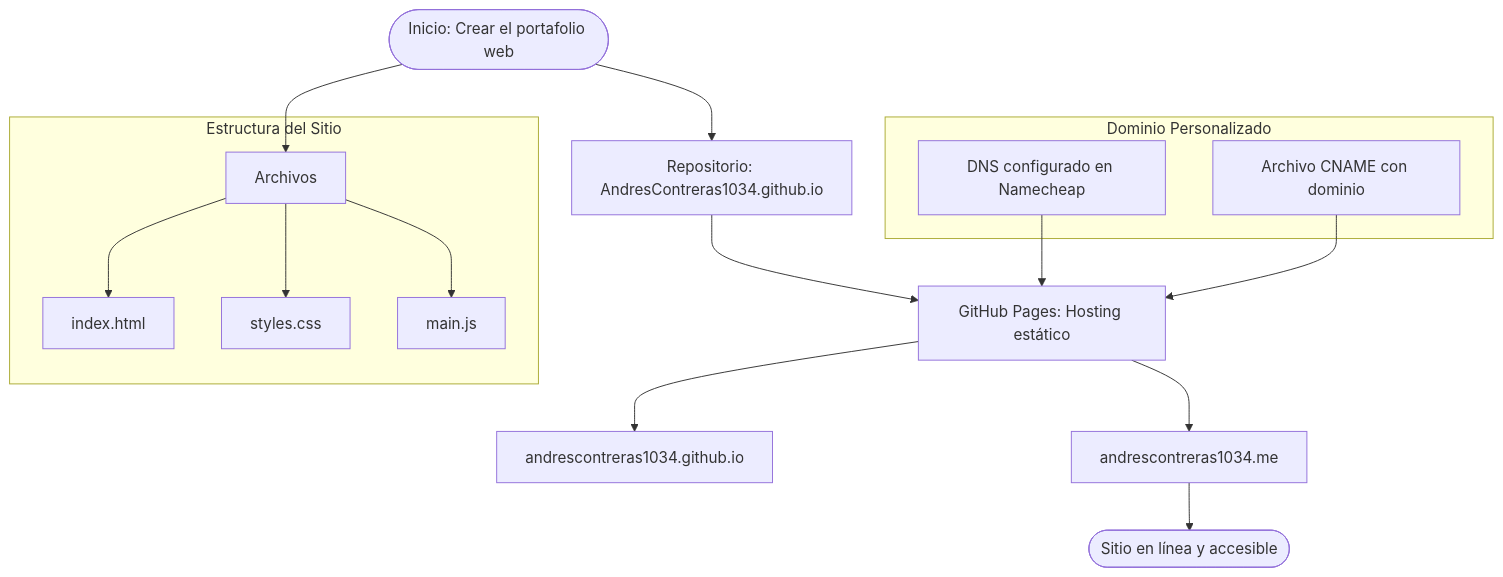
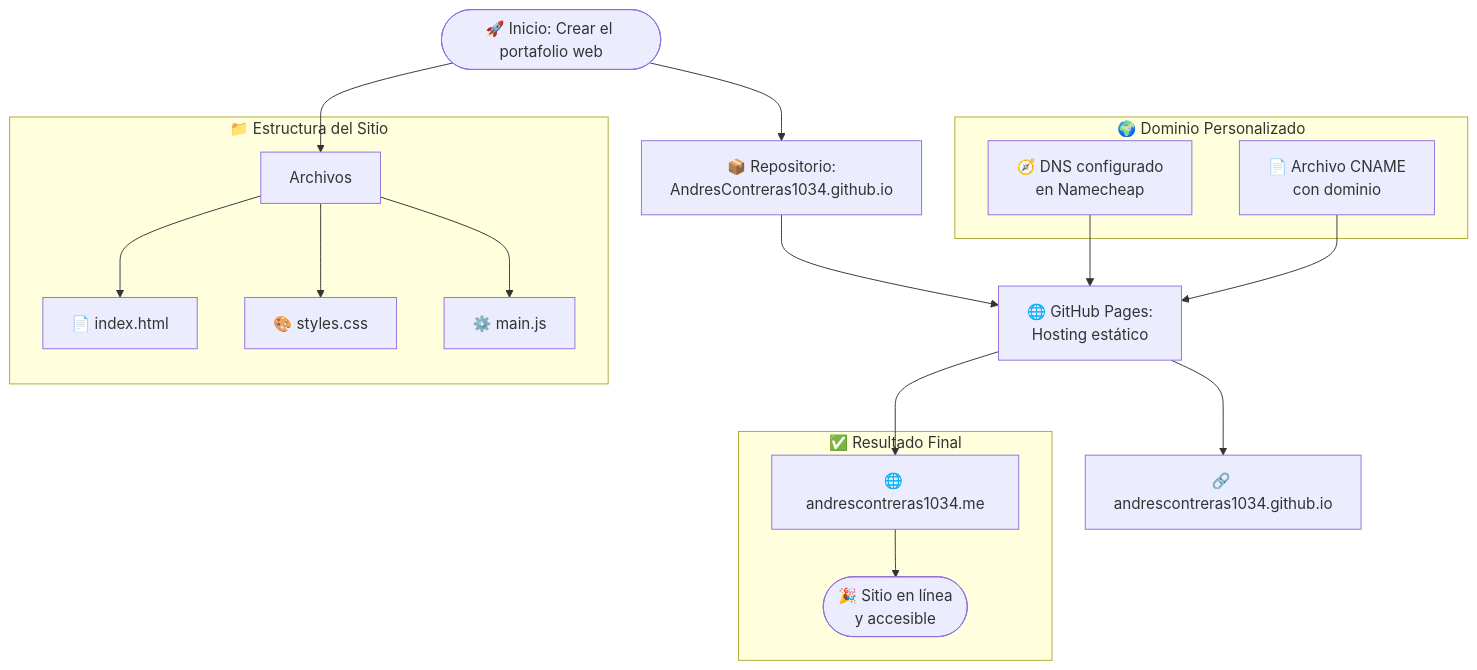
Before and after one commit to AndresContreras1034/AndresContreras1034.github.io: the diagram in README.md, drawn with Mermaid.

````diff
--- a/README.md
+++ b/README.md
@@ -1,31 +1,32 @@
 ```mermaid
-graph TD
+ graph TD
 
-Start([Inicio: Crear el portafolio web])
+Start([🚀 Inicio: Crear el portafolio web])
 
 Start --> Archivos
 Start --> Repo
 
-subgraph Estructura del Sitio
-  Archivos --> HTML[index.html]
-  Archivos --> CSS[styles.css]
-  Archivos --> JS[main.js]
+subgraph "📁 Estructura del Sitio"
+  Archivos --> HTML["📄 index.html"]
+  Archivos --> CSS["🎨 styles.css"]
+  Archivos --> JS["⚙️ main.js"]
 end
 
-Repo[Repositorio: AndresContreras1034.github.io]
-Repo --> GitHubPages[GitHub Pages: Hosting estático]
-GitHubPages --> WebGitHub[andrescontreras1034.github.io]
+Repo["📦 Repositorio:<br>AndresContreras1034.github.io"]
+Repo --> GitHubPages["🌐 GitHub Pages:<br>Hosting estático"]
+GitHubPages --> WebGitHub["🔗 andrescontreras1034.github.io"]
 
-subgraph Dominio Personalizado
-  DNS[DNS configurado en Namecheap]
-  CNAME[Archivo CNAME con dominio]
+subgraph "🌍 Dominio Personalizado"
+  DNS["🧭 DNS configurado<br>en Namecheap"]
+  CNAME["📄 Archivo CNAME<br>con dominio"]
 end
 
 DNS --> GitHubPages
 CNAME --> GitHubPages
 
-GitHubPages --> WebFinal[andrescontreras1034.me]
-WebFinal --> Fin([Sitio en línea y accesible])
+GitHubPages --> WebFinal["🌐 andrescontreras1034.me"]
 
-
+subgraph "✅ Resultado Final"
+  WebFinal --> Fin(["🎉 Sitio en línea<br>y accesible"])
+end 
 ```
````
